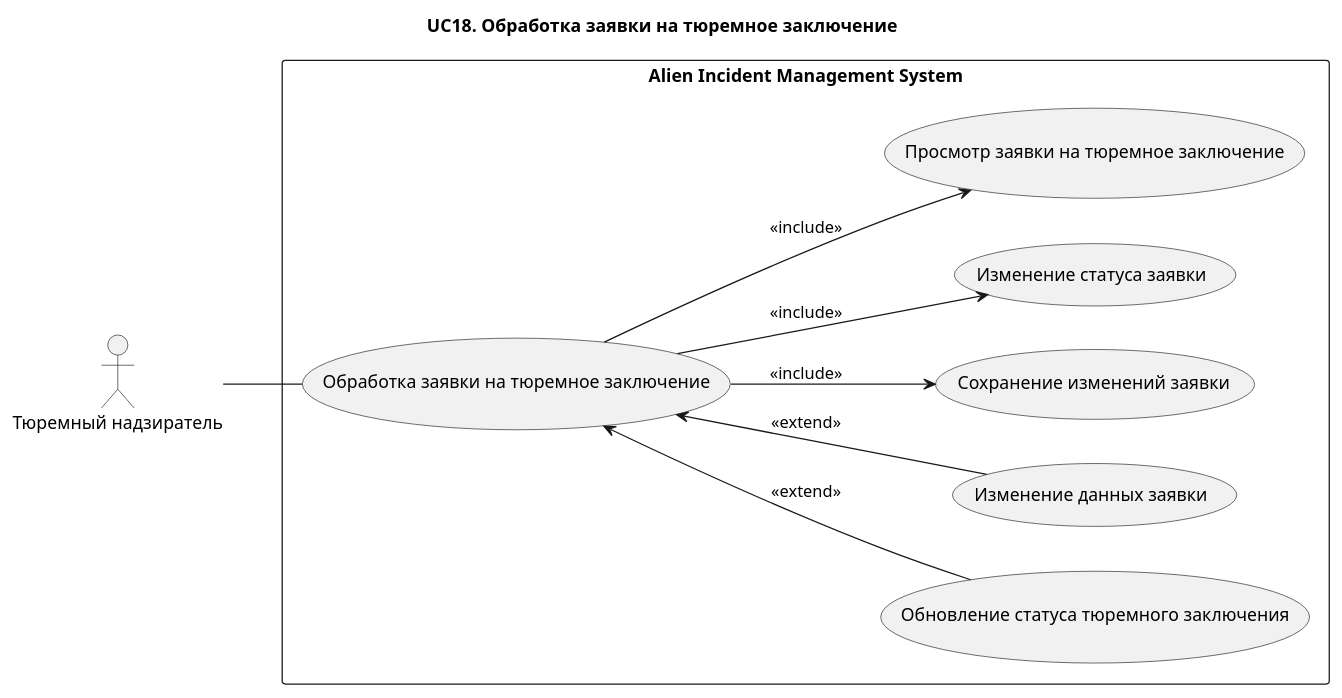
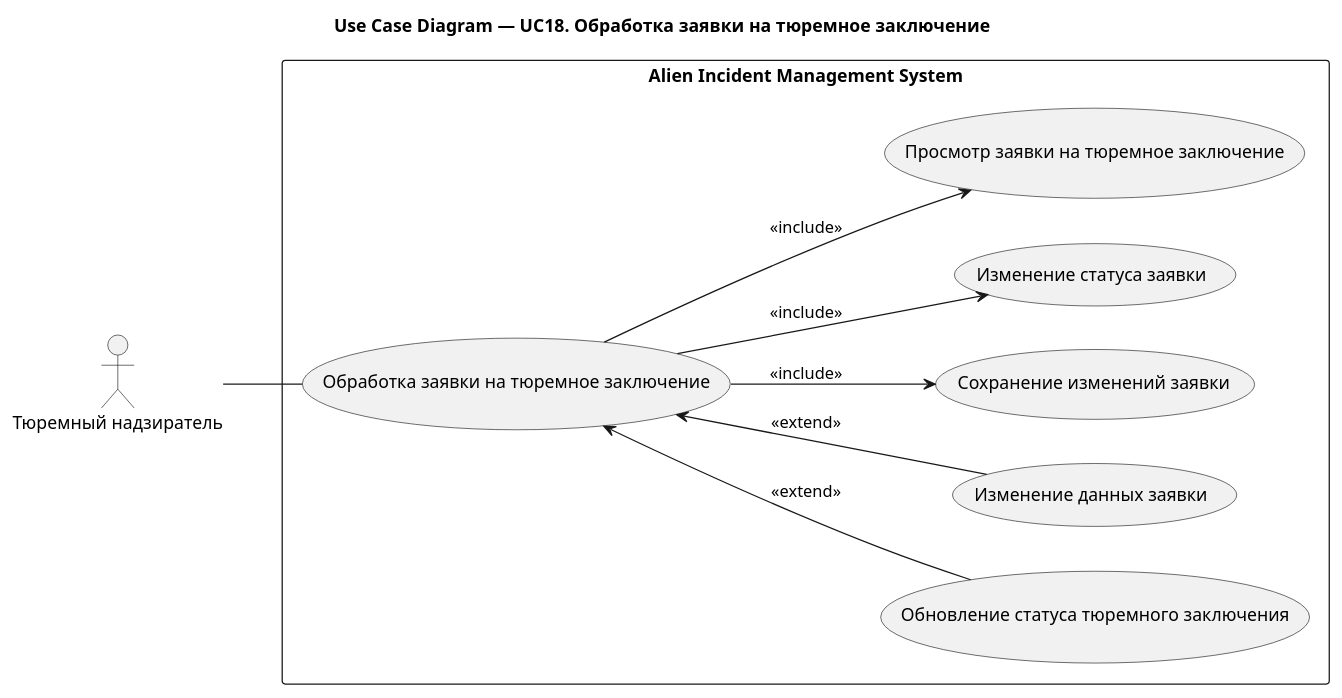
One commit to Andryss/AIMS changed the diagram in docs/use-case/UC18.md. Above: the diagram before and after it, drawn with PlantUML. The commit also changed 31 other files, not shown here.

````diff
--- a/docs/use-case/UC18.md
+++ b/docs/use-case/UC18.md
@@ -5,29 +5,29 @@
 ```plantuml
 @startuml
-title UC18. Обработка заявки на тюремное заключение
+title Use Case Diagram — UC18. Обработка заявки на тюремное заключение
 left to right direction
 
 actor "Тюремный надзиратель" as Guard
 
 rectangle "Alien Incident Management System" {
 
 (Обработка заявки на тюремное заключение) as UC11
 
 (Обновление статуса тюремного заключения) as UC116
 (Изменение данных заявки) as UC115
 (Сохранение изменений заявки) as UC114
 (Изменение статуса заявки) as UC113
 (Просмотр заявки на тюремное заключение) as UC111
 
 }
 
 Guard -- UC11
 
 UC11 --> UC111 : <<include>>
 UC11 --> UC113 : <<include>>
 UC11 --> UC114 : <<include>>
 UC11 <-- UC115 : <<extend>>
 UC11 <-- UC116 : <<extend>>
 
 @enduml
 ```
````
